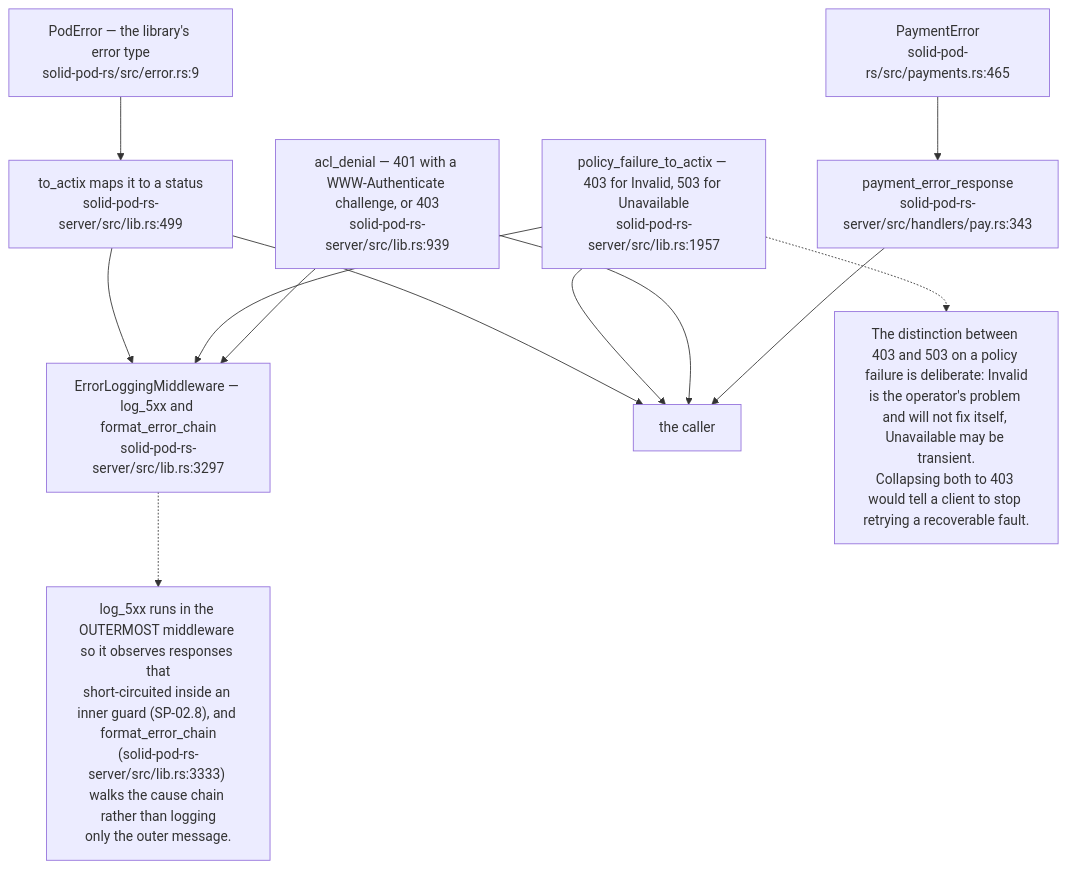
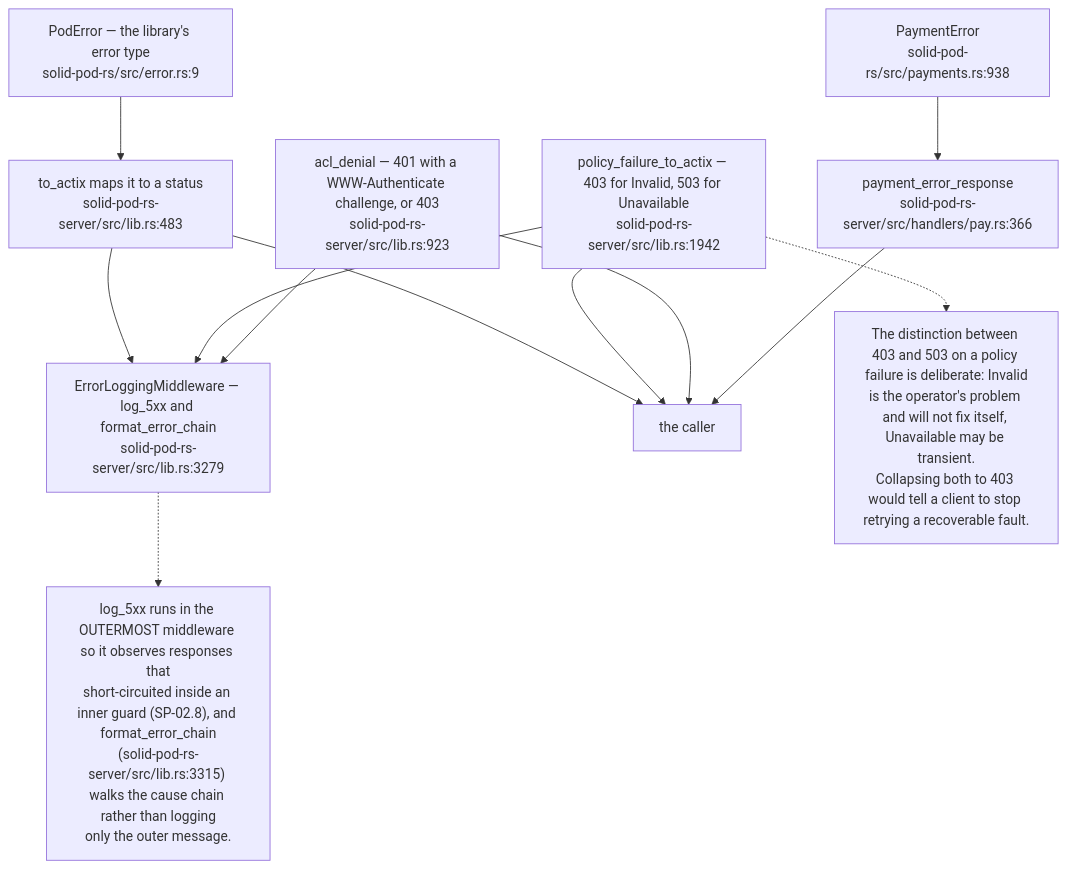
The ninth of 12 diagrams in docs/diagrams/solid-pod-rs/10-failure-modes-and-invariants.md (DreamLab-AI/VisionFlow), drawn with Mermaid before and after one commit. The commit also changed other lines of this file and 111 other files, not shown here.

Commit message:
docs(diagrams): align estate maps with current source

````diff
--- a/docs/diagrams/solid-pod-rs/10-failure-modes-and-invariants.md
+++ b/docs/diagrams/solid-pod-rs/10-failure-modes-and-invariants.md
@@ -247,24 +246,24 @@
 ```mermaid
 flowchart TD
     POD["PodError — the library's error type<br/>solid-pod-rs/src/error.rs:9"]
-    TA["to_actix maps it to a status<br/>solid-pod-rs-server/src/lib.rs:499"]
-    PF["policy_failure_to_actix — 403 for Invalid, 503 for Unavailable<br/>solid-pod-rs-server/src/lib.rs:1957"]
-    AD["acl_denial — 401 with a WWW-Authenticate challenge, or 403<br/>solid-pod-rs-server/src/lib.rs:939"]
-    PE["PaymentError<br/>solid-pod-rs/src/payments.rs:465"]
-    PR["payment_error_response<br/>solid-pod-rs-server/src/handlers/pay.rs:343"]
-    LOG["ErrorLoggingMiddleware — log_5xx and format_error_chain<br/>solid-pod-rs-server/src/lib.rs:3297"]
+    TA["to_actix maps it to a status<br/>solid-pod-rs-server/src/lib.rs:483"]
+    PF["policy_failure_to_actix — 403 for Invalid, 503 for Unavailable<br/>solid-pod-rs-server/src/lib.rs:1942"]
+    AD["acl_denial — 401 with a WWW-Authenticate challenge, or 403<br/>solid-pod-rs-server/src/lib.rs:923"]
+    PE["PaymentError<br/>solid-pod-rs/src/payments.rs:938"]
+    PR["payment_error_response<br/>solid-pod-rs-server/src/handlers/pay.rs:366"]
+    LOG["ErrorLoggingMiddleware — log_5xx and format_error_chain<br/>solid-pod-rs-server/src/lib.rs:3279"]
     C["the caller"]
 
     POD --> TA --> C
     PF --> C
     AD --> C
     PE --> PR --> C
     TA --> LOG
     PF --> LOG
     AD --> LOG
 
     N["The distinction between 403 and 503 on a policy failure is deliberate: Invalid<br/>is the operator's problem and will not fix itself, Unavailable may be transient.<br/>Collapsing both to 403 would tell a client to stop retrying a recoverable fault."]
     PF -.-> N
-    N2["log_5xx runs in the OUTERMOST middleware so it observes responses that<br/>short-circuited inside an inner guard (SP-02.8), and format_error_chain<br/>(solid-pod-rs-server/src/lib.rs:3333) walks the cause chain rather than logging<br/>only the outer message."]
+    N2["log_5xx runs in the OUTERMOST middleware so it observes responses that<br/>short-circuited inside an inner guard (SP-02.8), and format_error_chain<br/>(solid-pod-rs-server/src/lib.rs:3315) walks the cause chain rather than logging<br/>only the outer message."]
     LOG -.-> N2
 ```
````
